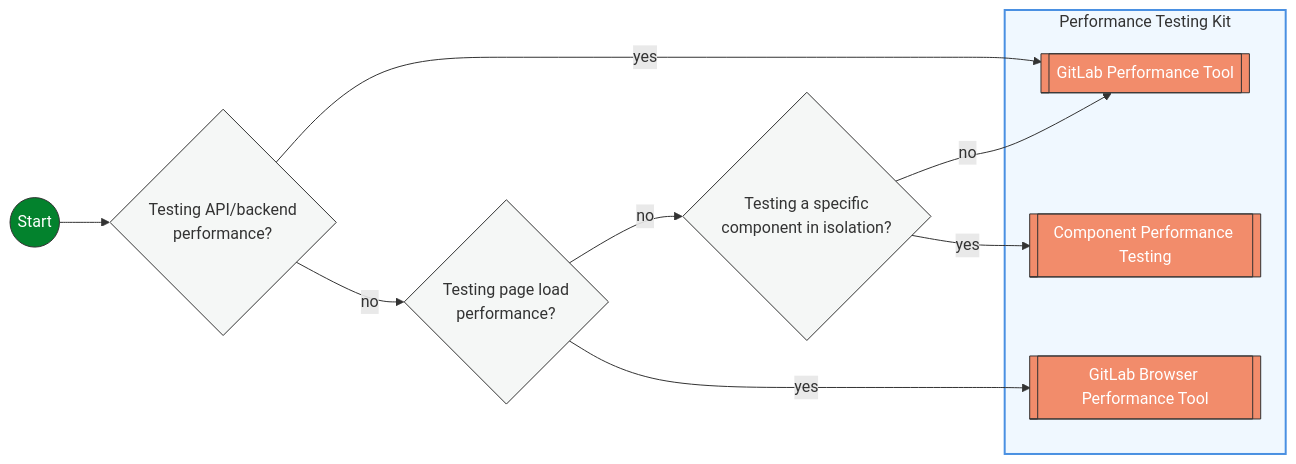
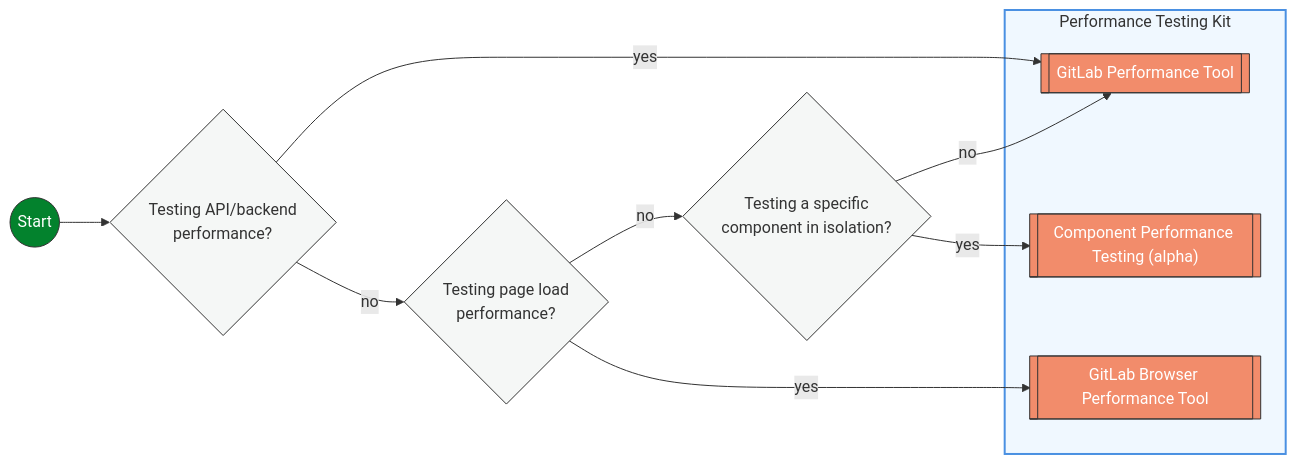
One commit to zalyoung/gitlab-handbook changed the first of 2 diagrams in content/handbook/engineering/testing/performance-tools.md. Above: the diagram before and after it, drawn with Mermaid. The commit also changed other lines of this file, not shown here.

Commit message:
Improving CPT references

````diff
--- a/content/handbook/engineering/testing/performance-tools.md
+++ b/content/handbook/engineering/testing/performance-tools.md
@@ -9,48 +9,48 @@
 ```mermaid
 flowchart LR
   subgraph PTK["Performance Testing Kit"]
     GPT[[GitLab Performance Tool]]
-    CPT[[Component Performance Testing]]
+    CPT[["Component Performance Testing (alpha)"]]
     GBPT[[GitLab Browser Performance Tool]]
   end
 
   START((Start))
 
   ENV{Testing API/backend\nperformance?}
   UI{Testing page load\nperformance?}
   COMPONENT{Testing a specific\ncomponent in isolation?}
 
   START --> ENV
 
   ENV -- yes --> GPT
   ENV -- no --> UI
 
   UI -- yes --> GBPT
   UI -- no --> COMPONENT
 
   COMPONENT -- yes --> CPT
   COMPONENT -- no --> GPT
 
 
   %% Class definition
   classDef decision fill:#f5f7f6,stroke:#333,stroke-width:1px,rx:5px;
   classDef tool fill:#F28C6B,stroke:#333,stroke-width:1px,color:white,rx:5px;
   classDef start fill:#03822d,stroke:#333,stroke-width:1px,color:white,rx:10px;
   classDef kitStyle fill:#f0f8ff,stroke:#4a90e2,stroke-width:2px,color:#333;
 
   class UI,ENV,COMPONENT decision;
   class GBPT,CPT,GPT tool;
   class START start;
   class PTK kitStyle;
 
   %% Tool links
   click GPT "https://gitlab.com/gitlab-org/quality/performance/-/blob/main/docs/quick_start.md"
   click GBPT "https://gitlab.com/gitlab-org/quality/performance-sitespeed#running-tests"
   click CPT "https://gitlab.com/gitlab-org/quality/component-performance-testing"
 
   %% Decision node links
   click UI "#Testing-Page-Load-Performance"
   click ENV "#Testing-API-or-Backend-Performance"
   click COMPONENT "Testing-Components-in-Isolation"
 
 ```
````
